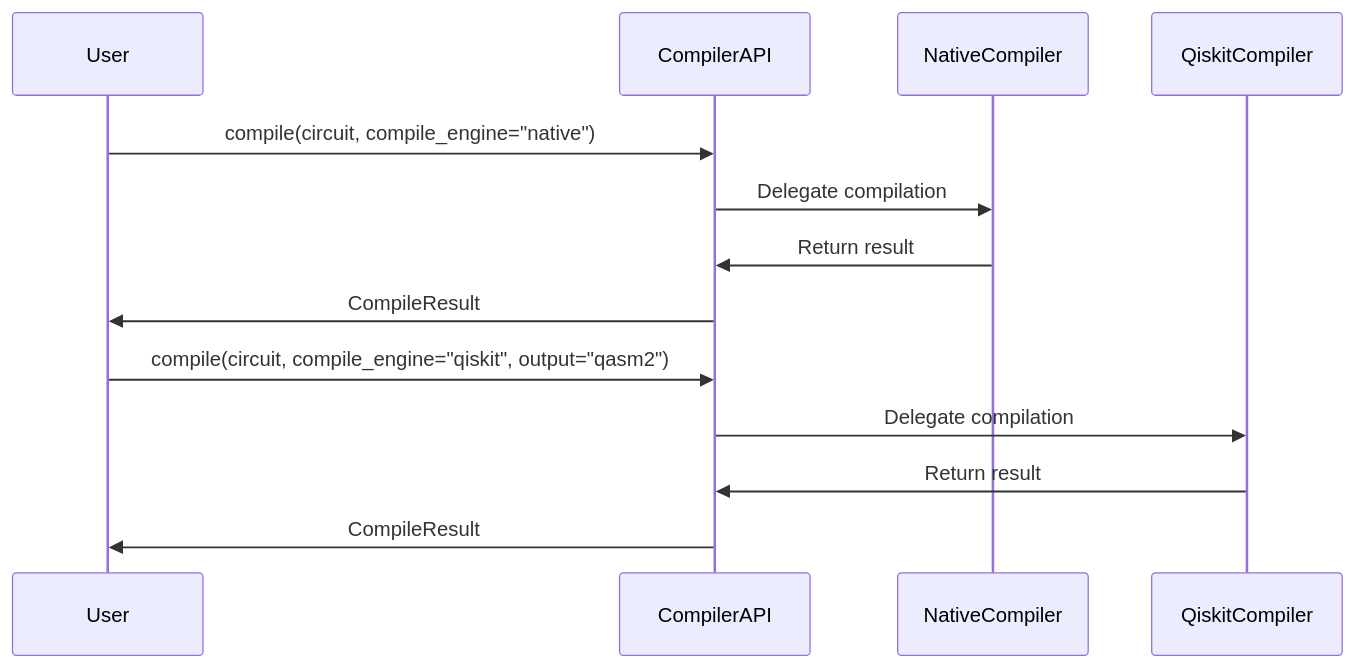
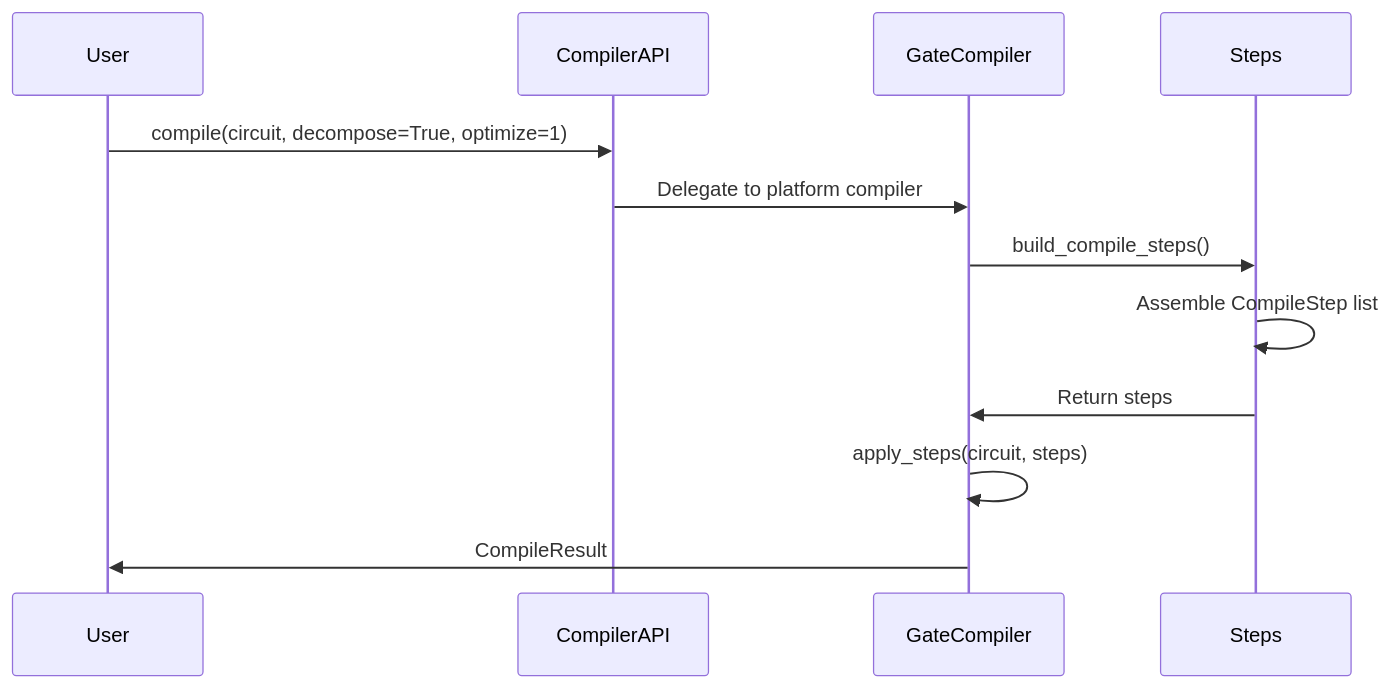
The eighth of 14 diagrams in .qoder/repowiki/en/content/Core Framework Architecture/Compiler Pipeline/Compiler Pipeline.md (QureGenAI-Biotech/TyxonQ), drawn with Mermaid before and after one commit. The commit also changed other lines of this file and 516 other files, not shown here.

````diff
--- a/.qoder/repowiki/en/content/Core Framework Architecture/Compiler Pipeline/Compiler Pipeline.md
+++ b/.qoder/repowiki/en/content/Core Framework Architecture/Compiler Pipeline/Compiler Pipeline.md
@@ -392,15 +298,14 @@
 ```mermaid
 sequenceDiagram
 participant User
 participant CompilerAPI
-participant NativeCompiler
-participant QiskitCompiler
-User->>CompilerAPI : compile(circuit, compile_engine="native")
-CompilerAPI->>NativeCompiler : Delegate compilation
-NativeCompiler->>CompilerAPI : Return result
-CompilerAPI->>User : CompileResult
-User->>CompilerAPI : compile(circuit, compile_engine="qiskit", output="qasm2")
-CompilerAPI->>QiskitCompiler : Delegate compilation
-QiskitCompiler->>CompilerAPI : Return result
-CompilerAPI->>User : CompileResult
+participant GateCompiler
+participant Steps
+User->>CompilerAPI : compile(circuit, decompose=True, optimize=1)
+CompilerAPI->>GateCompiler : Delegate to platform compiler
+GateCompiler->>Steps : build_compile_steps()
+Steps->>Steps : Assemble CompileStep list
+Steps->>GateCompiler : Return steps
+GateCompiler->>GateCompiler : apply_steps(circuit, steps)
+GateCompiler->>User : CompileResult
 ```
````
